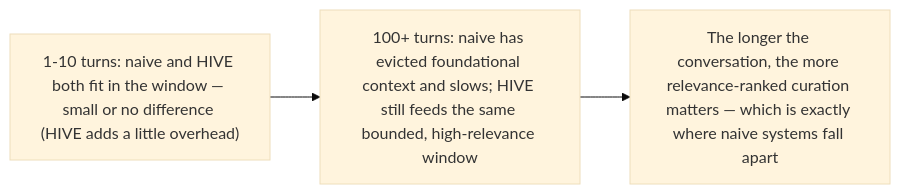
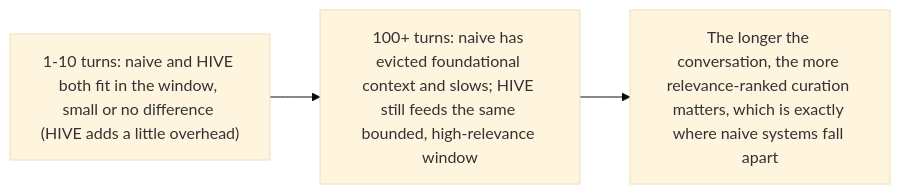
Before and after one commit to sky-is-green/hive-memory: the fourth of 6 diagrams in HIVE-WHITE-PAPER.md, drawn with Mermaid (base theme). The commit also changed other lines of this file and 3 other files, not shown here.

````diff
--- a/HIVE-WHITE-PAPER.md
+++ b/HIVE-WHITE-PAPER.md
@@ -101,7 +101,7 @@
 ```mermaid
 flowchart LR
-    L1["1-10 turns: naive and HIVE both fit in the window — small or no difference (HIVE adds a little overhead)"]
+    L1["1-10 turns: naive and HIVE both fit in the window, small or no difference (HIVE adds a little overhead)"]
     L10["100+ turns: naive has evicted foundational context and slows; HIVE still feeds the same bounded, high-relevance window"]
     L1 --> L10
-    L10 --> E["The longer the conversation, the more relevance-ranked curation matters — which is exactly where naive systems fall apart"]
+    L10 --> E["The longer the conversation, the more relevance-ranked curation matters, which is exactly where naive systems fall apart"]
 ```
````
